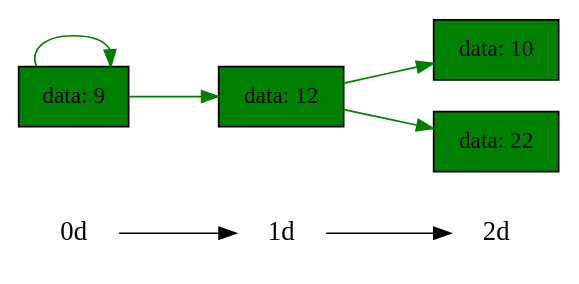
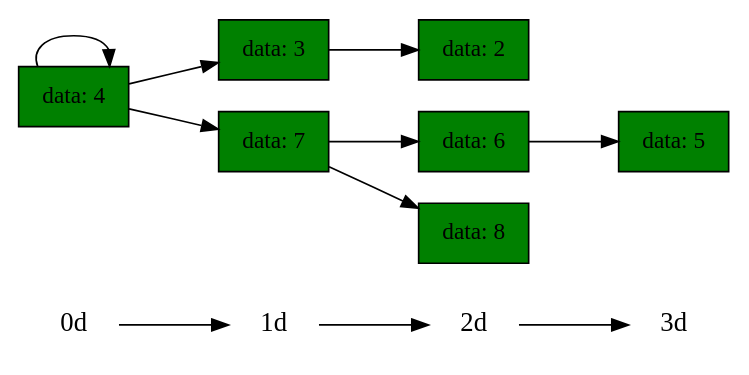
Before and after one commit to AlekseiSeverin03/tree: the diagram in dump.dot, drawn with Graphviz. The commit also changed 11 other files, not shown here.

Commit message:
make right graphic dump

```diff
--- a/dump.dot
+++ b/dump.dot
@@ -1,18 +1,24 @@
 digraph List
 {
 	rankdir = LR;
 	ranksep=.75; size = "7.5,7.5"
 	{
 		node [shape=plaintext, fontsize=16];
-		"0d"->"1d"->"2d";
+		"0d"->"1d"->"2d"->"3d";
 	}
 node [shape = record, style = filled];
-	{rank = same; "0d"; 9 [label = "data: 9", fillcolor = "green"];}
-	{rank = same; "2d"; 10 [label = "data: 10", fillcolor = "green"];}
-	{rank = same; "1d"; 12 [label = "data: 12", fillcolor = "green"];}
-	{rank = same; "2d"; 22 [label = "data: 22", fillcolor = "green"];}
-	9->9 [color = "green", frontcolor = "grey", label = ""];
-	12->10 [color = "green", frontcolor = "grey", label = ""];
-	9->12 [color = "green", frontcolor = "grey", label = ""];
-	12->22 [color = "green", frontcolor = "grey", label = ""];
+	{rank = same; "2d"; 2 [label = "data: 2", fillcolor = "green"];}
+	{rank = same; "1d"; 3 [label = "data: 3", fillcolor = "green"];}
+	{rank = same; "0d"; 4 [label = "data: 4", fillcolor = "green"];}
+	{rank = same; "3d"; 5 [label = "data: 5", fillcolor = "green"];}
+	{rank = same; "2d"; 6 [label = "data: 6", fillcolor = "green"];}
+	{rank = same; "1d"; 7 [label = "data: 7", fillcolor = "green"];}
+	{rank = same; "2d"; 8 [label = "data: 8", fillcolor = "green"];}
+	3->2 [color = "black", frontcolor = "grey", label = ""];
+	4->3 [color = "black", frontcolor = "grey", label = ""];
+	4->4 [color = "black", frontcolor = "grey", label = ""];
+	6->5 [color = "black", frontcolor = "grey", label = ""];
+	7->6 [color = "black", frontcolor = "grey", label = ""];
+	4->7 [color = "black", frontcolor = "grey", label = ""];
+	7->8 [color = "black", frontcolor = "grey", label = ""];
 }
```
